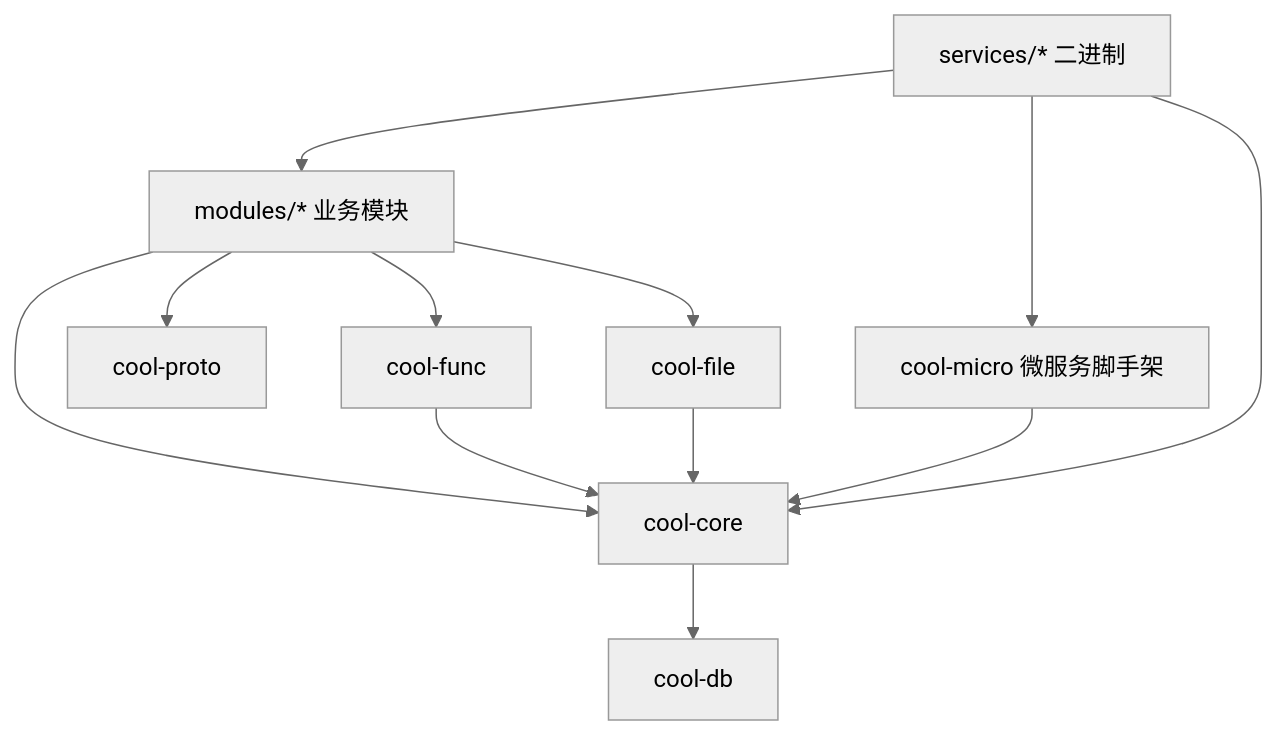
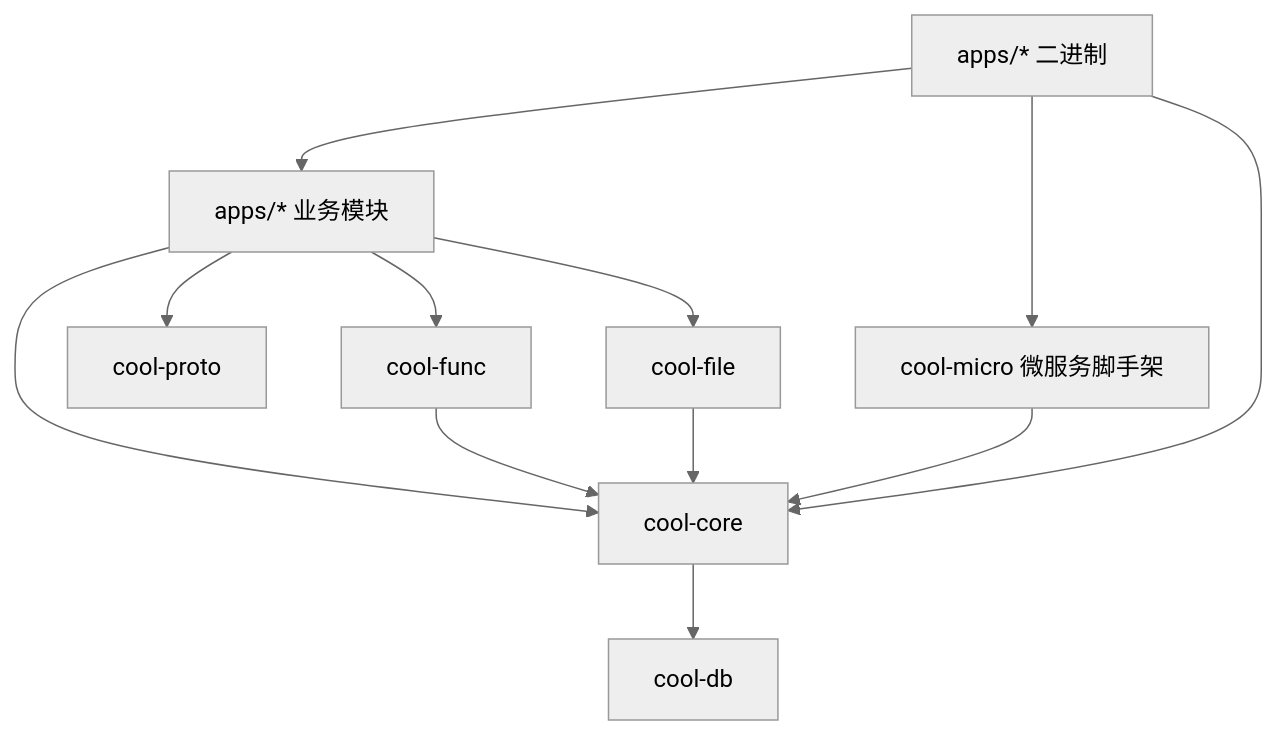
Before and after one commit to vera-byte/cool-admin-rust: the second of 2 diagrams in docs/architecture.mdx, drawn with Mermaid (neutral theme). The commit also changed other lines of this file and 109 other files, not shown here.

First line of the commit message:
refactor(apps): modules+services 合并为 apps/，各应用自带 proto/manifest/migrations

````diff
--- a/docs/architecture.mdx
+++ b/docs/architecture.mdx
@@ -62,14 +59,14 @@
 ```mermaid
 graph TD
-    Svc[services/* 二进制] --> Modules[modules/* 业务模块]
+    Svc[apps/* 二进制] --> Modules[apps/* 业务模块]
     Svc --> Micro[cool-micro 微服务脚手架]
     Svc --> Core[cool-core]
     Modules --> Core
     Modules --> Proto[cool-proto]
     Modules --> Func[cool-func]
     Modules --> File[cool-file]
     Micro --> Core
     Core --> Db[cool-db]
     Func --> Core
     File --> Core
 ```
````
